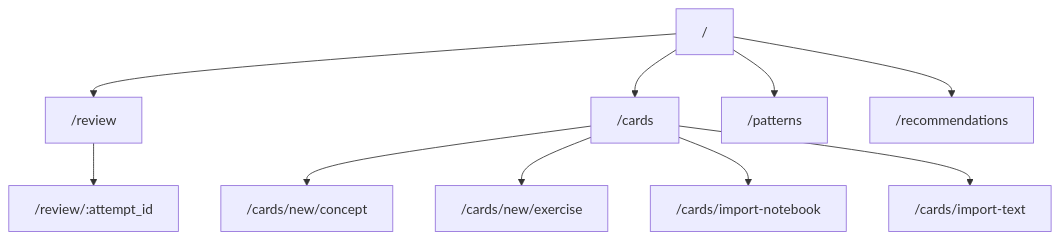
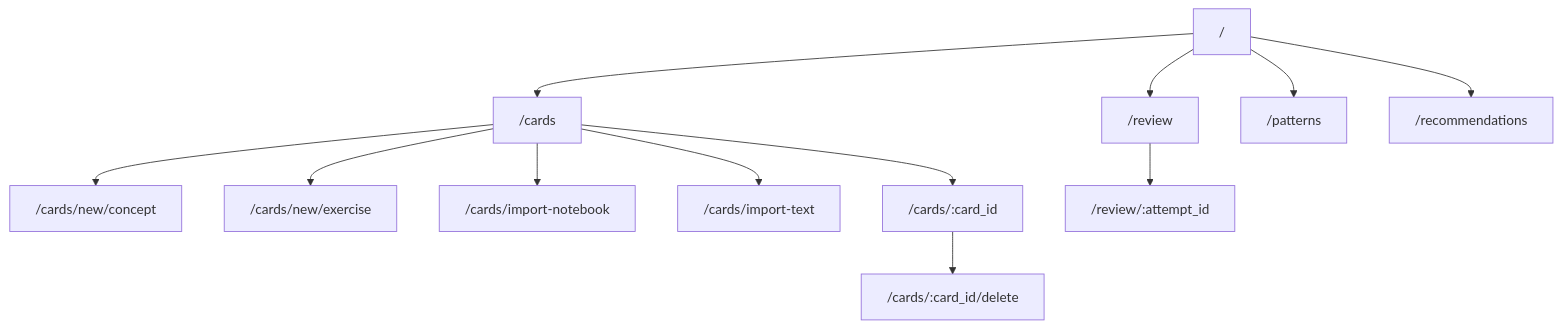
The diagram in docs/design/architecture.md (hangjianli/BarskyProtocol), drawn with Mermaid before and after one commit. The commit also changed other lines of this file and 5 other files, not shown here.

Commit message:
feat: add card deletion flow

````diff
--- a/docs/design/architecture.md
+++ b/docs/design/architecture.md
@@ -49,12 +51,14 @@
 ```mermaid
 flowchart TD
     A["/"] --> B["/review"]
     A --> C["/cards"]
     A --> D["/patterns"]
     A --> E["/recommendations"]
     C --> F["/cards/new/concept"]
     C --> G["/cards/new/exercise"]
     C --> H["/cards/import-notebook"]
     C --> J["/cards/import-text"]
+    C --> K["/cards/:card_id"]
+    K --> L["/cards/:card_id/delete"]
     B --> I["/review/:attempt_id"]
 ```
````
